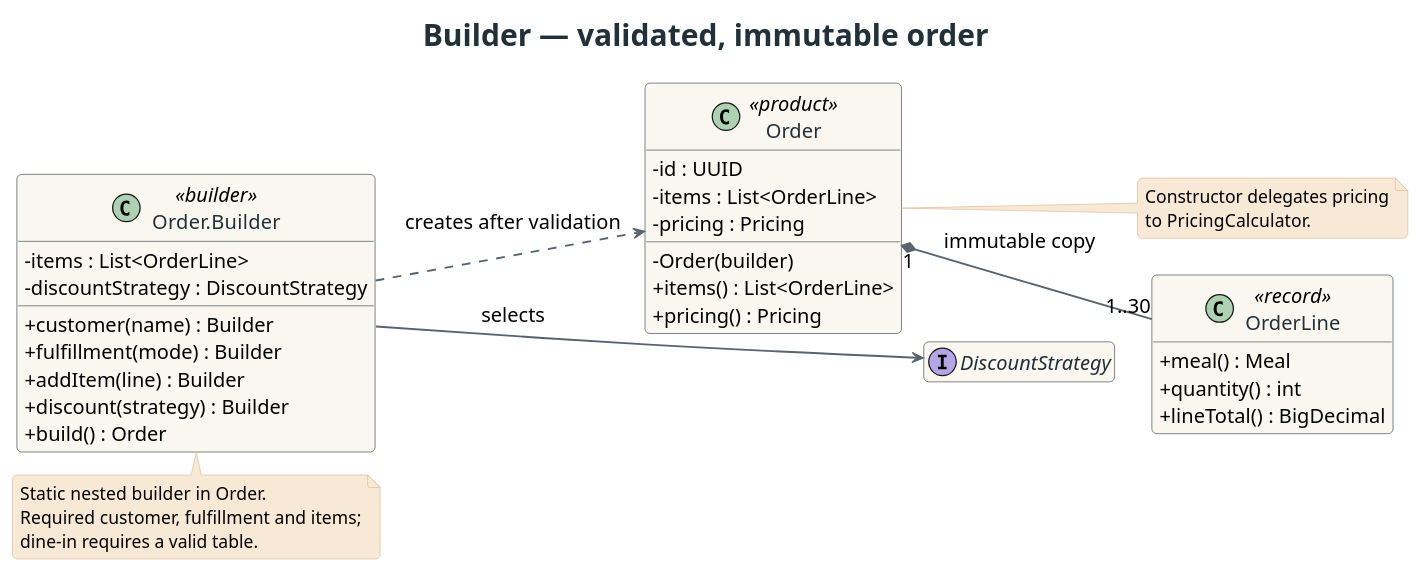
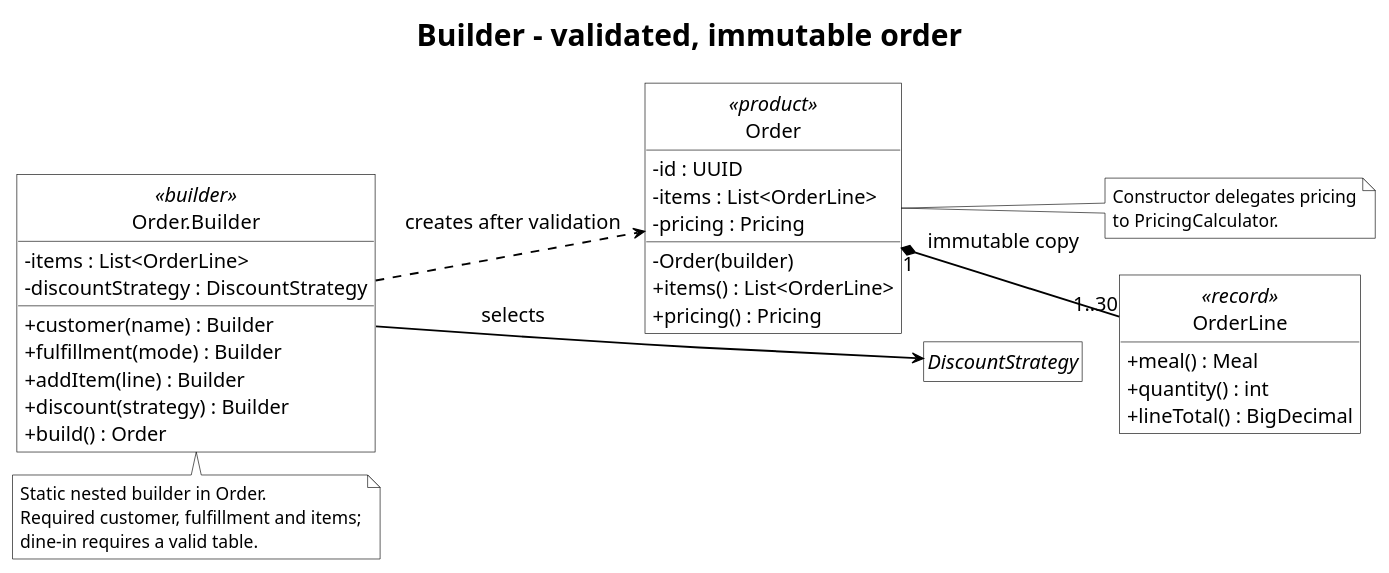
The diagram in docs/uml/builder.puml (ANAYSSA/Final-Project-SDP), drawn with PlantUML before and after one commit. The commit also changed 49 other files, not shown here.

```diff
--- a/docs/uml/builder.puml
+++ b/docs/uml/builder.puml
@@ -1,62 +1,65 @@
 @startuml
 !pragma layout smetana
 skinparam backgroundColor #FFFFFF
+skinparam monochrome true
+skinparam defaultFontColor #000000
+hide circle
 skinparam shadowing false
-skinparam roundcorner 8
+skinparam roundcorner 0
 skinparam defaultFontName SansSerif
 skinparam defaultFontSize 16
-skinparam ArrowColor #59636E
+skinparam ArrowColor #000000
 skinparam ArrowThickness 1.5
 skinparam classAttributeIconSize 0
-skinparam classBackgroundColor #FAF7F0
-skinparam classBorderColor #314047
-skinparam classFontColor #223139
-skinparam stereotypeFontColor #9A4F28
-skinparam noteBackgroundColor #F8E9D6
-skinparam noteBorderColor #D8B794
+skinparam classBackgroundColor #FFFFFF
+skinparam classBorderColor #000000
+skinparam classFontColor #000000
+skinparam stereotypeFontColor #000000
+skinparam noteBackgroundColor #FFFFFF
+skinparam noteBorderColor #000000
 skinparam noteFontSize 14
 skinparam titleFontSize 24
-skinparam titleFontColor #223139
+skinparam titleFontColor #000000
 skinparam packageStyle rectangle
 skinparam packageBackgroundColor #FFFFFF
-skinparam packageBorderColor #C8CED1
+skinparam packageBorderColor #000000
 hide empty members
-title Builder — validated, immutable order
+title Builder - validated, immutable order
 left to right direction
 class "Order.Builder" as Builder <<builder>> {
   - items : List<OrderLine>
   - discountStrategy : DiscountStrategy
   + customer(name) : Builder
   + fulfillment(mode) : Builder
   + addItem(line) : Builder
   + discount(strategy) : Builder
   + build() : Order
 }
 class Order <<product>> {
   - id : UUID
   - items : List<OrderLine>
   - pricing : Pricing
   - Order(builder)
   + items() : List<OrderLine>
   + pricing() : Pricing
 }
 class OrderLine <<record>> {
   + meal() : Meal
   + quantity() : int
   + lineTotal() : BigDecimal
 }
 interface DiscountStrategy
 Builder ..> Order : creates after validation
 Builder -down-> DiscountStrategy : selects
 Order "1" *-down- "1..30" OrderLine : immutable copy
 DiscountStrategy -[hidden]right- OrderLine
 note right of Order
 Constructor delegates pricing
 to PricingCalculator.
 end note
 note bottom of Builder
 Static nested builder in Order.
 Required customer, fulfillment and items;
 dine-in requires a valid table.
 end note
 @enduml
```
